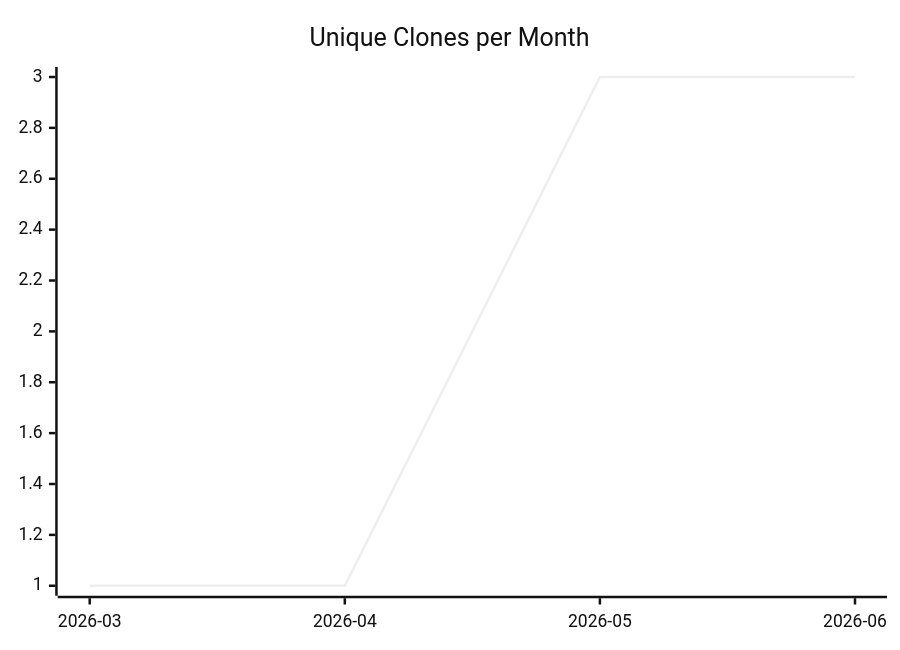
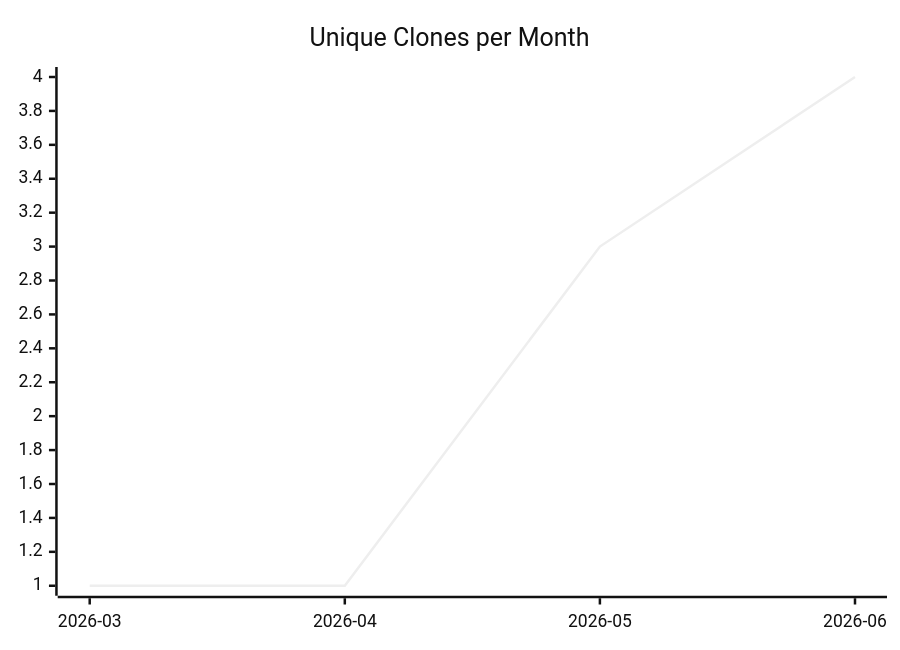
Before and after one commit to justdavis-family/github-analytics-data: the third of 3 diagrams in karlmdavis/ansible/README.md, drawn with Mermaid (neutral theme). The commit also changed other lines of this file and 199 other files, not shown here.

````diff
--- a/karlmdavis/ansible/README.md
+++ b/karlmdavis/ansible/README.md
@@ -19,6 +19,6 @@
 ```mermaid
 xychart-beta
   title "Unique Clones per Month"
   x-axis ["2026-03", "2026-04", "2026-05", "2026-06"]
-  line [1, 1, 3, 3]
+  line [1, 1, 3, 4]
 ```
````
